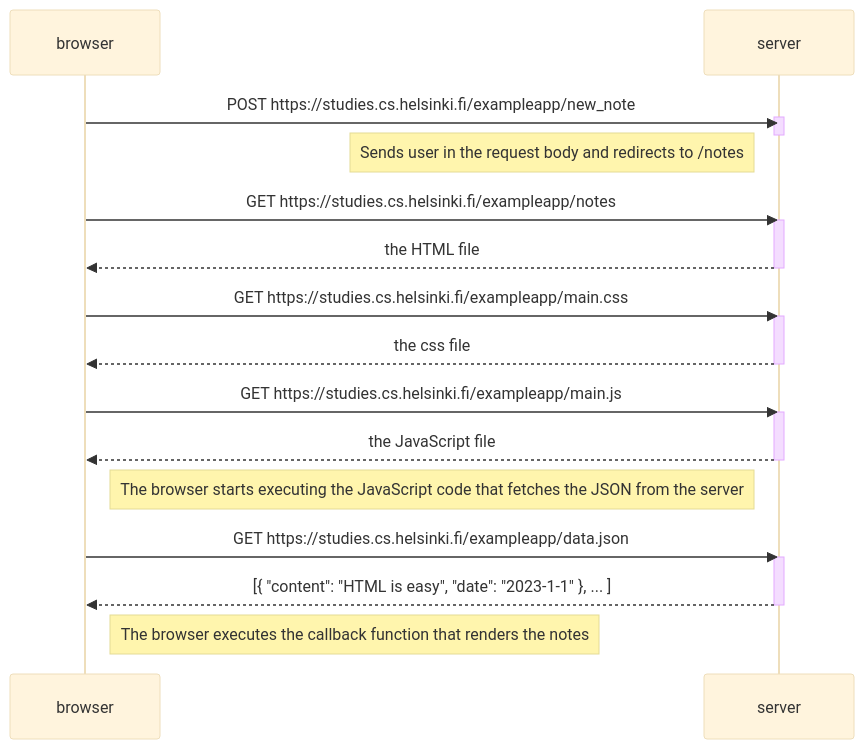
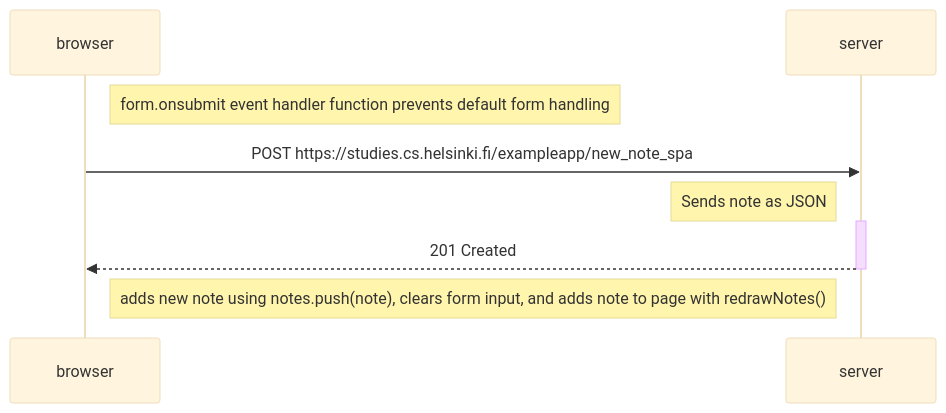
The diagram in part0/0.6/NewNoteInSinglePageAppDiagram.md (isaac-exe/fullstack-open), drawn with Mermaid (base theme) before and after one commit. The commit also changed 2 other files, not shown here.

Commit message:
Updated exercises

````diff
--- a/part0/0.6/NewNoteInSinglePageAppDiagram.md
+++ b/part0/0.6/NewNoteInSinglePageAppDiagram.md
@@ -1,35 +1,15 @@
 ```mermaid
 sequenceDiagram
     participant browser
     participant server
 
-    browser->>server: POST https://studies.cs.helsinki.fi/exampleapp/new_note
+    Note right of browser: form.onsubmit event handler function prevents default form handling
+
+    browser->>server: POST https://studies.cs.helsinki.fi/exampleapp/new_note_spa
+    Note left of server: Sends note as JSON
     activate server
+    server-->>browser: 201 Created
     deactivate server
 
-    Note left of server: Sends user in the request body and redirects to /notes
-
-    browser->>server: GET https://studies.cs.helsinki.fi/exampleapp/notes
-    activate server
-    server-->>browser: the HTML file
-    deactivate server
-
-    browser->>server: GET https://studies.cs.helsinki.fi/exampleapp/main.css
-    activate server
-    server-->>browser: the css file
-    deactivate server
-
-    browser->>server: GET https://studies.cs.helsinki.fi/exampleapp/main.js
-    activate server
-    server-->>browser: the JavaScript file
-    deactivate server
-
-    Note right of browser: The browser starts executing the JavaScript code that fetches the JSON from the server
-
-    browser->>server: GET https://studies.cs.helsinki.fi/exampleapp/data.json
-    activate server
-    server-->>browser: [{ "content": "HTML is easy", "date": "2023-1-1" }, ... ]
-    deactivate server
-
-    Note right of browser: The browser executes the callback function that renders the notes
+    Note right of browser: adds new note using notes.push(note), clears form input, and adds note to page with redrawNotes()
 ```
````
